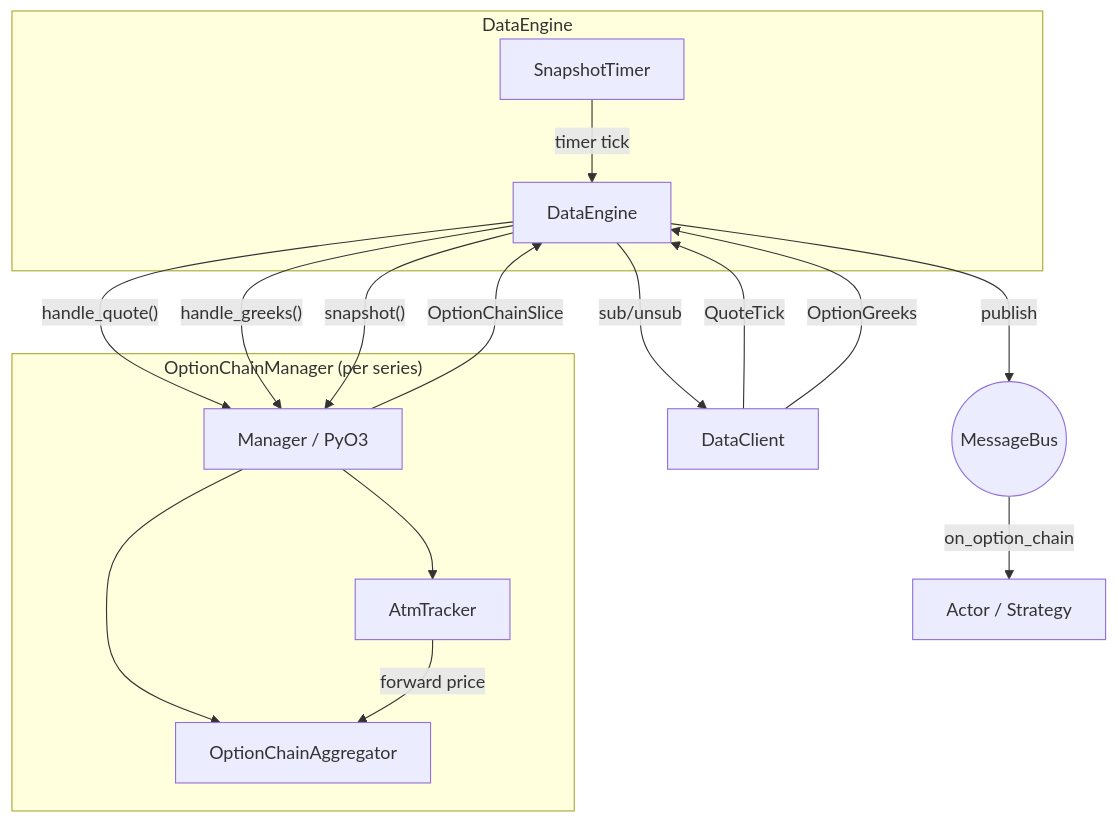
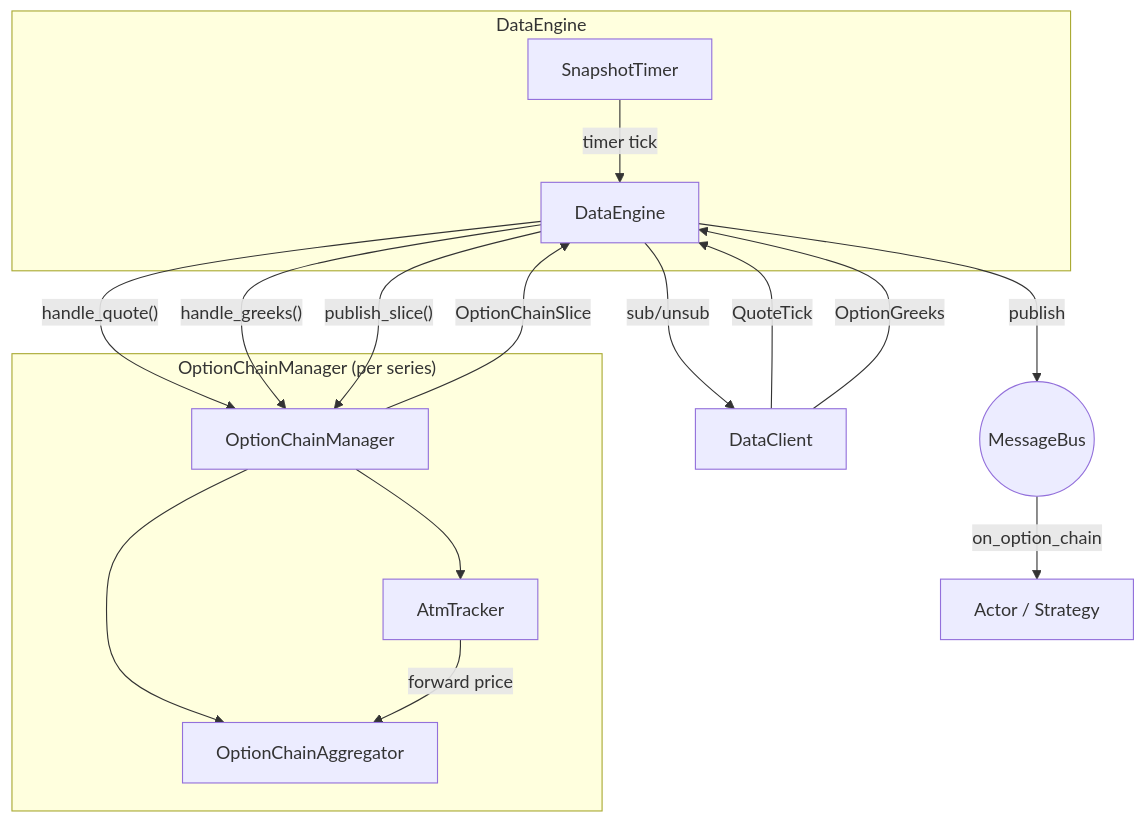
Before and after one commit to nautechsystems/nautilus_trader: the diagram in docs/concepts/options.md, drawn with Mermaid. The commit also changed other lines of this file and 2 other files, not shown here.

First line of the commit message:
Refine Backtest option chain docs

````diff
--- a/docs/concepts/options.md
+++ b/docs/concepts/options.md
@@ -243,27 +245,27 @@
 ```mermaid
 flowchart TD
     subgraph DataEngine
         DE[DataEngine]
         TMR[SnapshotTimer]
     end
 
     subgraph "OptionChainManager (per series)"
-        MGR[Manager / PyO3]
+        MGR[OptionChainManager]
         AGG[OptionChainAggregator]
         ATM[AtmTracker]
     end
 
     DC[DataClient] -- QuoteTick --> DE
     DC -- OptionGreeks --> DE
     DE -- "handle_quote()" --> MGR
     DE -- "handle_greeks()" --> MGR
     MGR --> AGG
     MGR --> ATM
     ATM -- "forward price" --> AGG
     TMR -- "timer tick" --> DE
-    DE -- "snapshot()" --> MGR
+    DE -- "publish_slice()" --> MGR
     MGR -- "OptionChainSlice" --> DE
     DE -- publish --> MB((MessageBus))
     MB -- "on_option_chain" --> S[Actor / Strategy]
     DE -- "sub/unsub" --> DC
 ```
````
